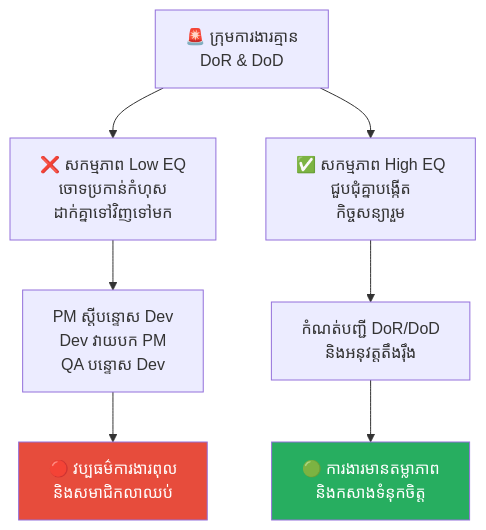
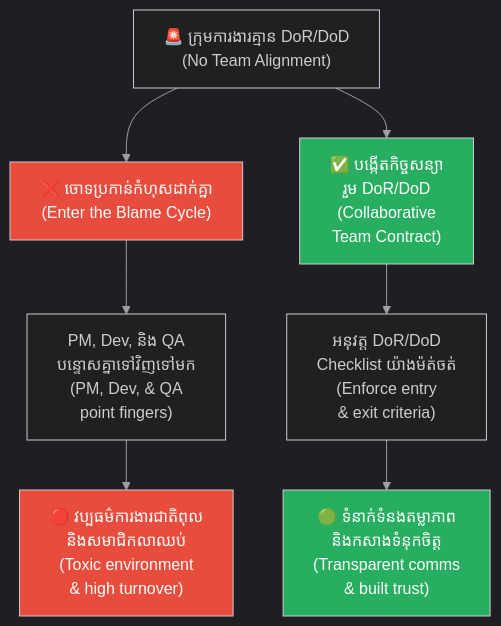
Before and after one commit to GuideStack/iblogger-feeds: the fifth of 6 diagrams in feeds/concepts/articles/11-dor-and-dod-scrum-contracts.md, drawn with Mermaid. The commit also changed other lines of this file, not shown here.

Commit message:
docs: upgrade 11-dor-and-dod-scrum-contracts.md to bilingual layout and styled diagrams

````diff
--- a/feeds/concepts/articles/11-dor-and-dod-scrum-contracts.md
+++ b/feeds/concepts/articles/11-dor-and-dod-scrum-contracts.md
@@ -162,14 +254,25 @@
 ```mermaid
+%%{init: {
+  'theme': 'dark',
+  'themeVariables': {
+    'background': '#1e1e1e',
+    'primaryTextColor': '#ffffff',
+    'lineColor': '#a0a0a0'
+  },
+  'themeCSS': 'svg { background-color: #1e1e1e !important; padding: 1rem !important; border-radius: 8px !important; } .edgeLabel rect { fill: #1e1e1e !important; } text, tspan { fill: #ffffff !important; }'
+}}%%
 graph TD
-    A["🚨 ក្រុមការងារគ្មាន<br/>DoR & DoD"] --> B["❌ សកម្មភាព Low EQ<br/>ចោទប្រកាន់កំហុស<br/>ដាក់គ្នាទៅវិញទៅមក"]
-    A --> C["✅ សកម្មភាព High EQ<br/>ជួបជុំគ្នាបង្កើត<br/>កិច្ចសន្យារួម"]
-    
-    B --> D["PM ស្តីបន្ទោស Dev<br/>Dev វាយបក PM<br/>QA បន្ទោស Dev"]
-    D --> E["🔴 វប្បធម៌ការងារពុល<br/>និងសមាជិកលាឈប់"]
-    
-    C --> F["កំណត់បញ្ជី DoR/DoD<br/>និងអនុវត្តតឹងរ៉ឹង"]
-    F --> G["🟢 ការងារមានតម្លាភាព<br/>និងកសាងទំនុកចិត្ត"]
+    A["🚨 ក្រុមការងារគ្មាន DoR/DoD<br/>(No Team Alignment)"] --> B1["❌ ចោទប្រកាន់កំហុសដាក់គ្នា<br/>(Enter the Blame Cycle)"]
+    A --> B2["✅ បង្កើតកិច្ចសន្យា<br/>រួម DoR/DoD<br/>(Collaborative<br/>Team Contract)"]
 
-    style E fill:#e74c3c,color:#fff
-    style G fill:#27ae60,color:#fff
+    B1 --> C1["PM, Dev, និង QA<br/>បន្ទោសគ្នាទៅវិញទៅមក<br/>(PM, Dev, & QA<br/>point fingers)"]
+    C1 --> D1["🔴 វប្បធម៌ការងារជាតិពុល<br/>និងសមាជិកលាឈប់<br/>(Toxic environment<br/>& high turnover)"]
+
+    B2 --> C2["អនុវត្ត DoR/DoD<br/>Checklist យ៉ាងម៉ត់ចត់<br/>(Enforce entry<br/>& exit criteria)"]
+    C2 --> D2["🟢 ទំនាក់ទំនងតម្លាភាព<br/>និងកសាងទំនុកចិត្ត<br/>(Transparent comms<br/>& built trust)"]
+
+    style B1 fill:#e74c3c,color:#fff
+    style B2 fill:#27ae60,color:#fff
+    style D1 fill:#e74c3c,color:#fff
+    style D2 fill:#27ae60,color:#fff
 ```
````
